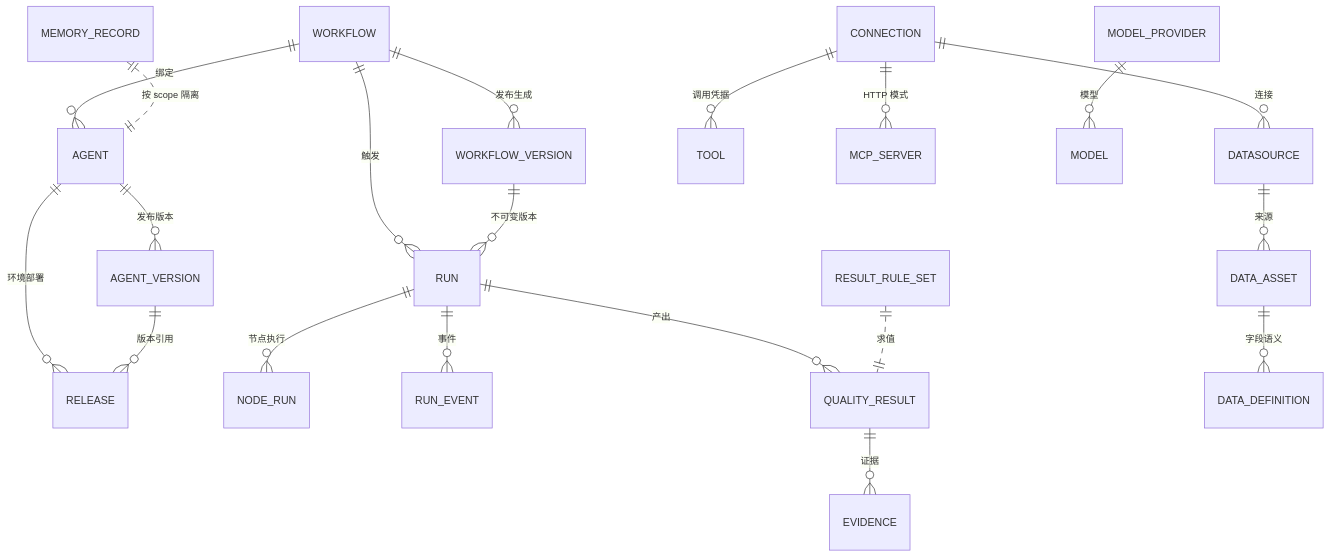
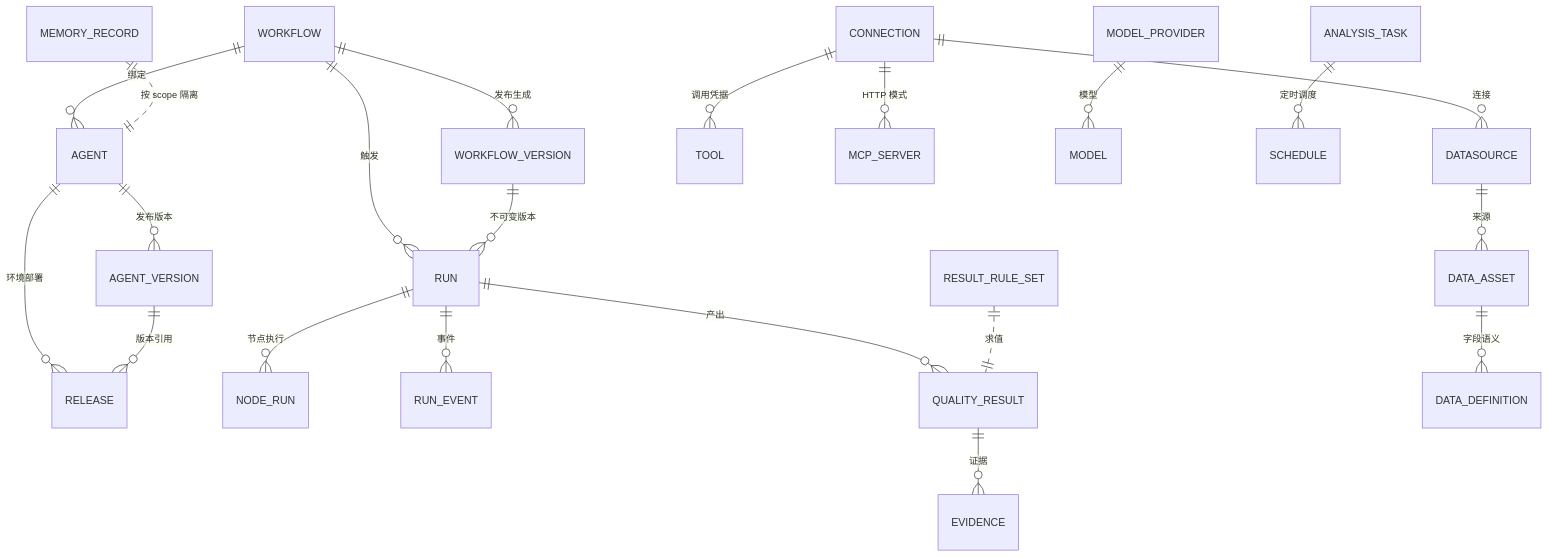
Before and after one commit to huiliuxu780/MoreThanCorn: the second of 3 diagrams in .qoder/repowiki/zh/content/后端架构与 API.md, drawn with Mermaid. The commit also changed other lines of this file and 164 other files, not shown here.

````diff
--- a/.qoder/repowiki/zh/content/后端架构与 API.md
+++ b/.qoder/repowiki/zh/content/后端架构与 API.md
@@ -114,22 +117,23 @@
 ```mermaid
 erDiagram
 WORKFLOW ||--o{ WORKFLOW_VERSION : "发布生成"
 WORKFLOW ||--o{ AGENT : "绑定"
 WORKFLOW ||--o{ RUN : "触发"
 WORKFLOW_VERSION ||--o{ RUN : "不可变版本"
 AGENT ||--o{ AGENT_VERSION : "发布版本"
 AGENT ||--o{ RELEASE : "环境部署"
 AGENT_VERSION ||--o{ RELEASE : "版本引用"
 RUN ||--o{ NODE_RUN : "节点执行"
 RUN ||--o{ RUN_EVENT : "事件"
 RUN ||--o{ QUALITY_RESULT : "产出"
 QUALITY_RESULT ||--o{ EVIDENCE : "证据"
 RESULT_RULE_SET ||..|| QUALITY_RESULT : "求值"
 DATA_ASSET ||--o{ DATA_DEFINITION : "字段语义"
 DATASOURCE ||--o{ DATA_ASSET : "来源"
 CONNECTION ||--o{ TOOL : "调用凭据"
 CONNECTION ||--o{ DATASOURCE : "连接"
 CONNECTION ||--o{ MCP_SERVER : "HTTP 模式"
 MODEL_PROVIDER ||--o{ MODEL : "模型"
 MEMORY_RECORD ||..|| AGENT : "按 scope 隔离"
+ANALYSIS_TASK ||--o{ SCHEDULE : "定时调度"
 ```
````
